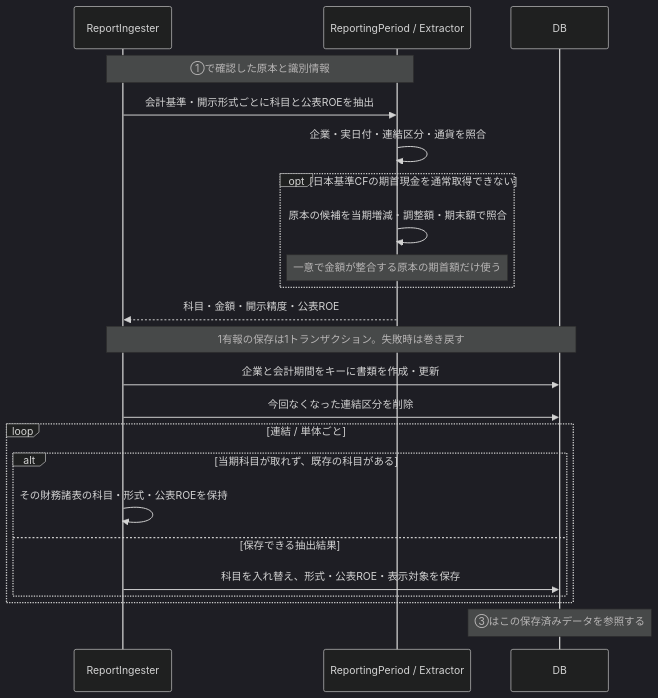
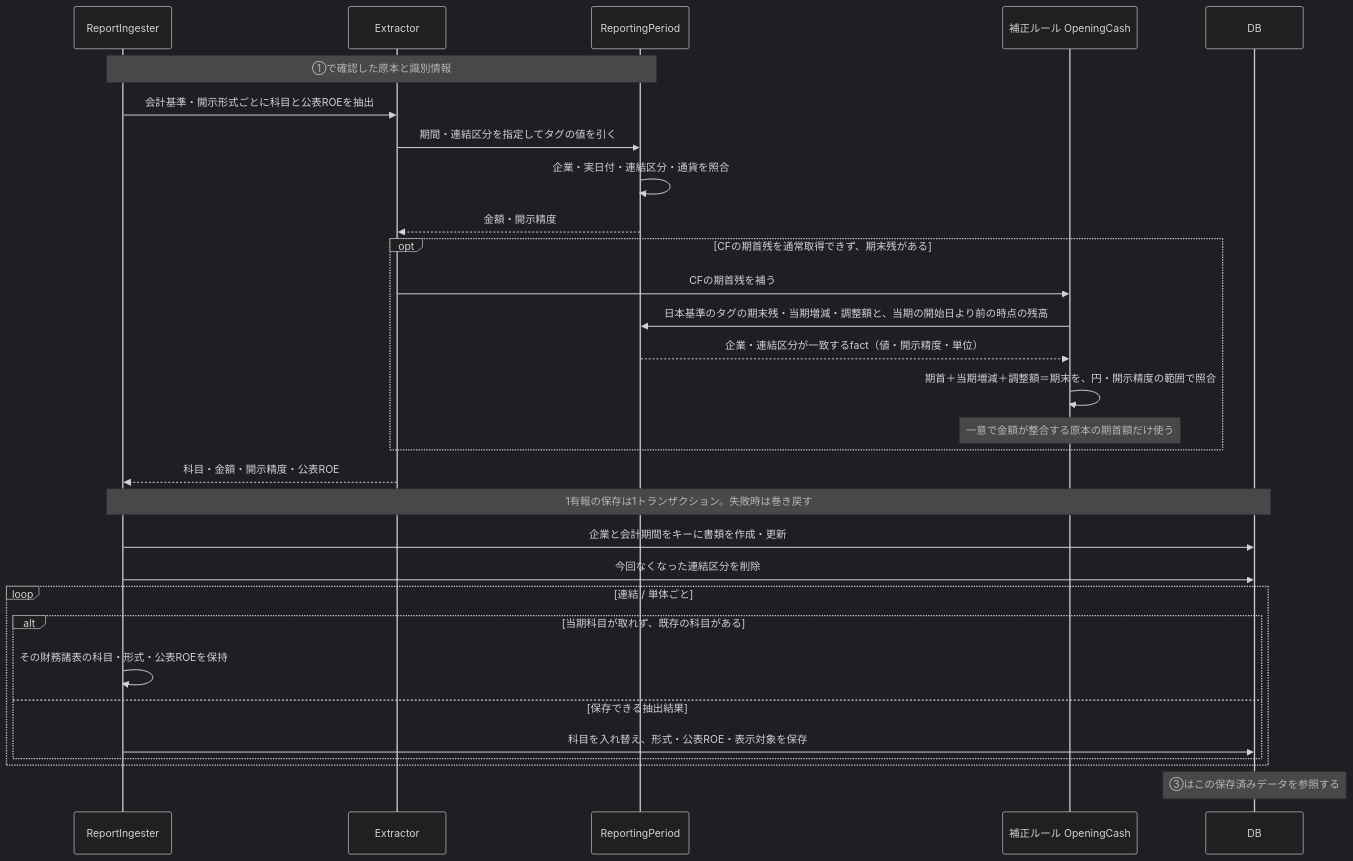
Before and after one commit to shin4488/financial-statement: the third of 10 diagrams in docs/guide/03_data_flow.md, drawn with Mermaid (dark theme). The commit also changed other lines of this file and 6 other files, not shown here.

````diff
--- a/docs/guide/03_data_flow.md
+++ b/docs/guide/03_data_flow.md
@@ -91,25 +91,32 @@
 ```mermaid
 sequenceDiagram
     participant I as ReportIngester
-    participant X as ReportingPeriod / Extractor
+    participant X as Extractor
+    participant P as ReportingPeriod
+    participant A as 補正ルール OpeningCash
     participant D as DB
-    Note over I,X: ①で確認した原本と識別情報
+    Note over I,P: ①で確認した原本と識別情報
     I->>X: 会計基準・開示形式ごとに科目と公表ROEを抽出
-    X->>X: 企業・実日付・連結区分・通貨を照合
-    opt 日本基準CFの期首現金を通常取得できない
-        X->>X: 原本の候補を当期増減・調整額・期末額で照合
-        Note over X: 一意で金額が整合する原本の期首額だけ使う
+    X->>P: 期間・連結区分を指定してタグの値を引く
+    P->>P: 企業・実日付・連結区分・通貨を照合
+    P-->>X: 金額・開示精度
+    opt CFの期首残を通常取得できず、期末残がある
+        X->>A: CFの期首残を補う
+        A->>P: 日本基準のタグの期末残・当期増減・調整額と、当期の開始日より前の時点の残高
+        P-->>A: 企業・連結区分が一致するfact（値・開示精度・単位）
+        A->>A: 期首＋当期増減＋調整額＝期末を、円・開示精度の範囲で照合
+        Note over A: 一意で金額が整合する原本の期首額だけ使う
     end
     X-->>I: 科目・金額・開示精度・公表ROE
     Note over I,D: 1有報の保存は1トランザクション。失敗時は巻き戻す
     I->>D: 企業と会計期間をキーに書類を作成・更新
     I->>D: 今回なくなった連結区分を削除
     loop 連結 / 単体ごと
         alt 当期科目が取れず、既存の科目がある
             I->>I: その財務諸表の科目・形式・公表ROEを保持
         else 保存できる抽出結果
             I->>D: 科目を入れ替え、形式・公表ROE・表示対象を保存
         end
     end
     Note over D: ③はこの保存済みデータを参照する
 ```
````
